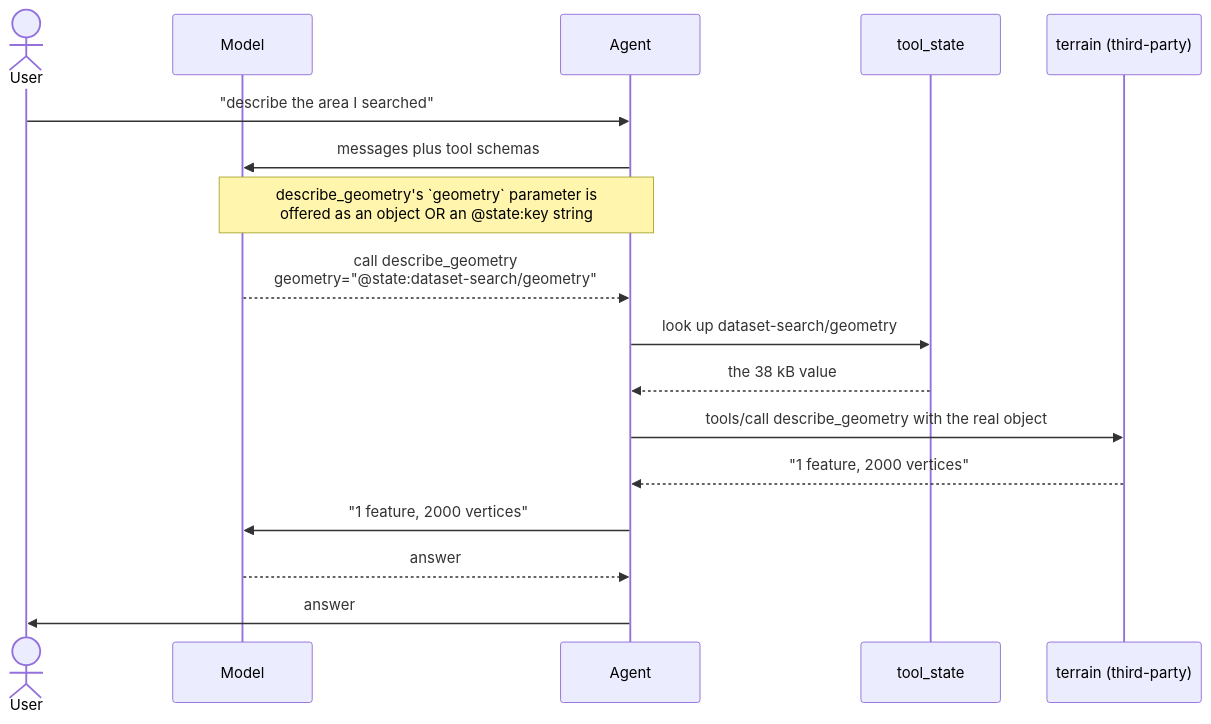
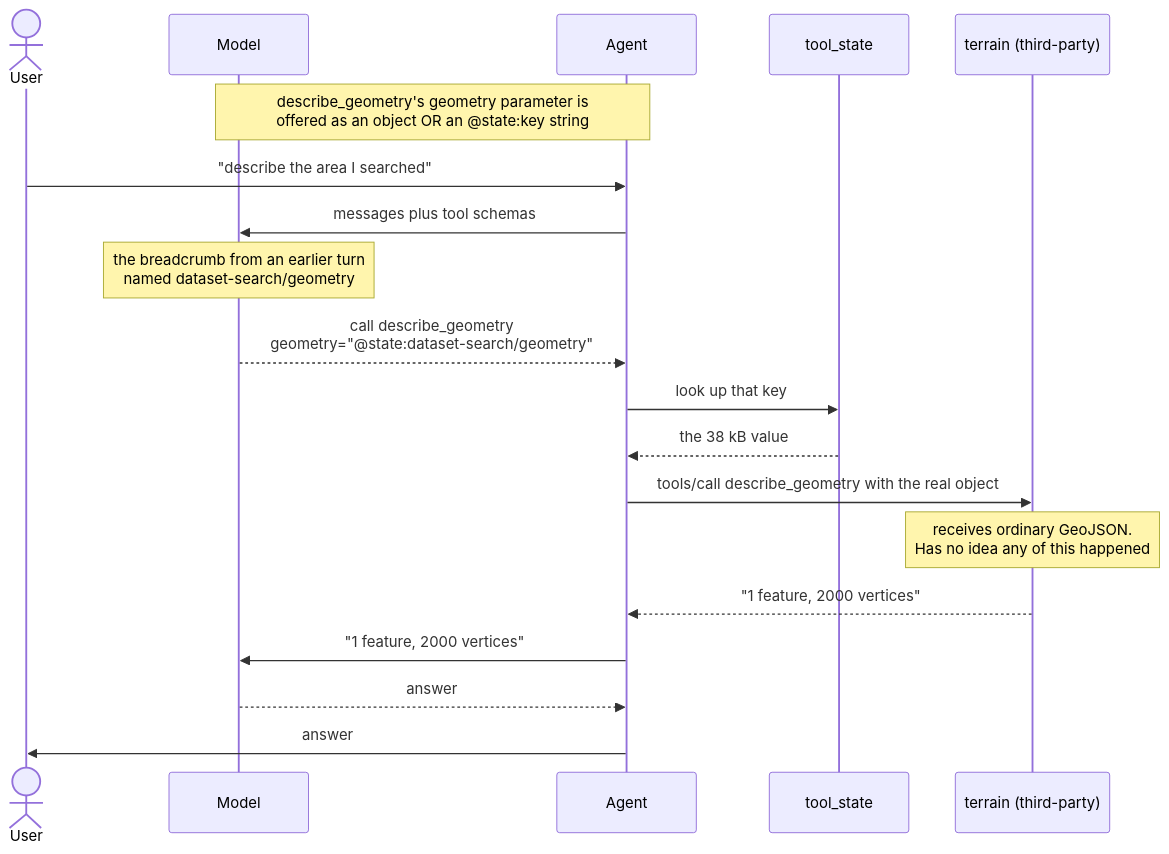
One commit to developmentseed/mcp-toolsets-runtime changed the fourth of 6 diagrams in docs/SESSION-STATE.md. Above: the diagram before and after it, drawn with Mermaid. The commit also changed other lines of this file, not shown here.

First line of the commit message:
docs(state): lay out every scenario, with the decision as a diagram

````diff
--- a/docs/SESSION-STATE.md
+++ b/docs/SESSION-STATE.md
@@ -39,21 +136,24 @@
 ```mermaid
 sequenceDiagram
     actor U as User
     participant M as Model
     participant A as Agent
     participant S as tool_state
     participant F as terrain (third-party)
 
+    Note over A,M: describe_geometry's geometry parameter is<br/>offered as an object OR an @state:key string
+
     U->>A: "describe the area I searched"
     A->>M: messages plus tool schemas
-    Note over A,M: describe_geometry's `geometry` parameter is<br/>offered as an object OR an @state:key string
+    Note over M: the breadcrumb from an earlier turn<br/>named dataset-search/geometry
 
     M-->>A: call describe_geometry<br/>geometry="@state:dataset-search/geometry"
-    A->>S: look up dataset-search/geometry
+    A->>S: look up that key
     S-->>A: the 38 kB value
     A->>F: tools/call describe_geometry with the real object
+    Note over F: receives ordinary GeoJSON.<br/>Has no idea any of this happened
     F-->>A: "1 feature, 2000 vertices"
     A->>M: "1 feature, 2000 vertices"
     M-->>A: answer
     A->>U: answer
 ```
````
